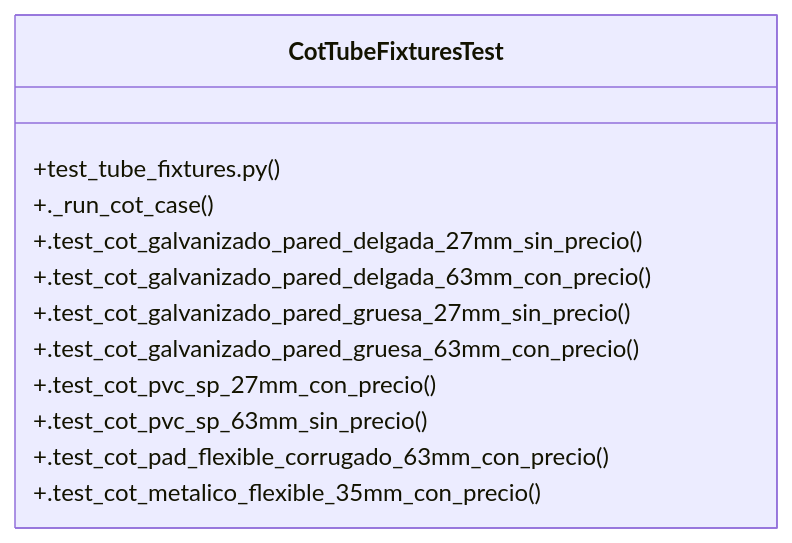
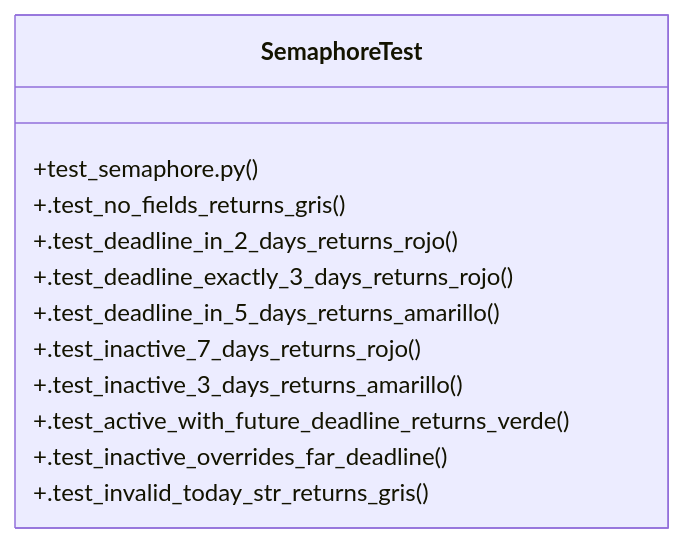
The diagram in graphify-out/wiki/Community_19.md (Daftrick/ProjectTracker), drawn with Mermaid before and after one commit. The commit also changed other lines of this file and 479 other files, not shown here.

````diff
--- a/graphify-out/wiki/Community_19.md
+++ b/graphify-out/wiki/Community_19.md
@@ -33,15 +36,15 @@
 ```mermaid
 classDiagram
-    class CotTubeFixturesTest {
-        +test_tube_fixtures.py()
-        +._run_cot_case()
-        +.test_cot_galvanizado_pared_delgada_27mm_sin_precio()
-        +.test_cot_galvanizado_pared_delgada_63mm_con_precio()
-        +.test_cot_galvanizado_pared_gruesa_27mm_sin_precio()
-        +.test_cot_galvanizado_pared_gruesa_63mm_con_precio()
-        +.test_cot_pvc_sp_27mm_con_precio()
-        +.test_cot_pvc_sp_63mm_sin_precio()
-        +.test_cot_pad_flexible_corrugado_63mm_con_precio()
-        +.test_cot_metalico_flexible_35mm_con_precio()
+    class SemaphoreTest {
+        +test_semaphore.py()
+        +.test_no_fields_returns_gris()
+        +.test_deadline_in_2_days_returns_rojo()
+        +.test_deadline_exactly_3_days_returns_rojo()
+        +.test_deadline_in_5_days_returns_amarillo()
+        +.test_inactive_7_days_returns_rojo()
+        +.test_inactive_3_days_returns_amarillo()
+        +.test_active_with_future_deadline_returns_verde()
+        +.test_inactive_overrides_far_deadline()
+        +.test_invalid_today_str_returns_gris()
     }
 ```
````
